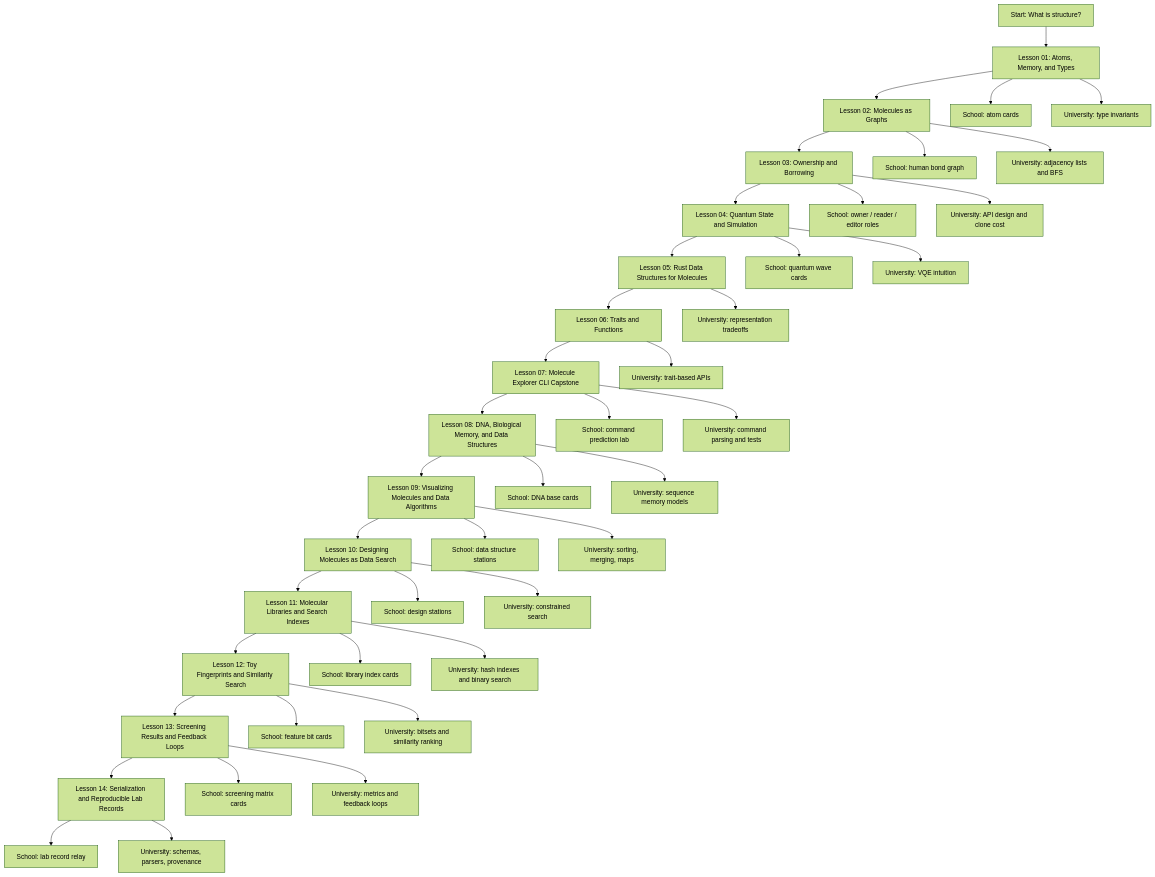
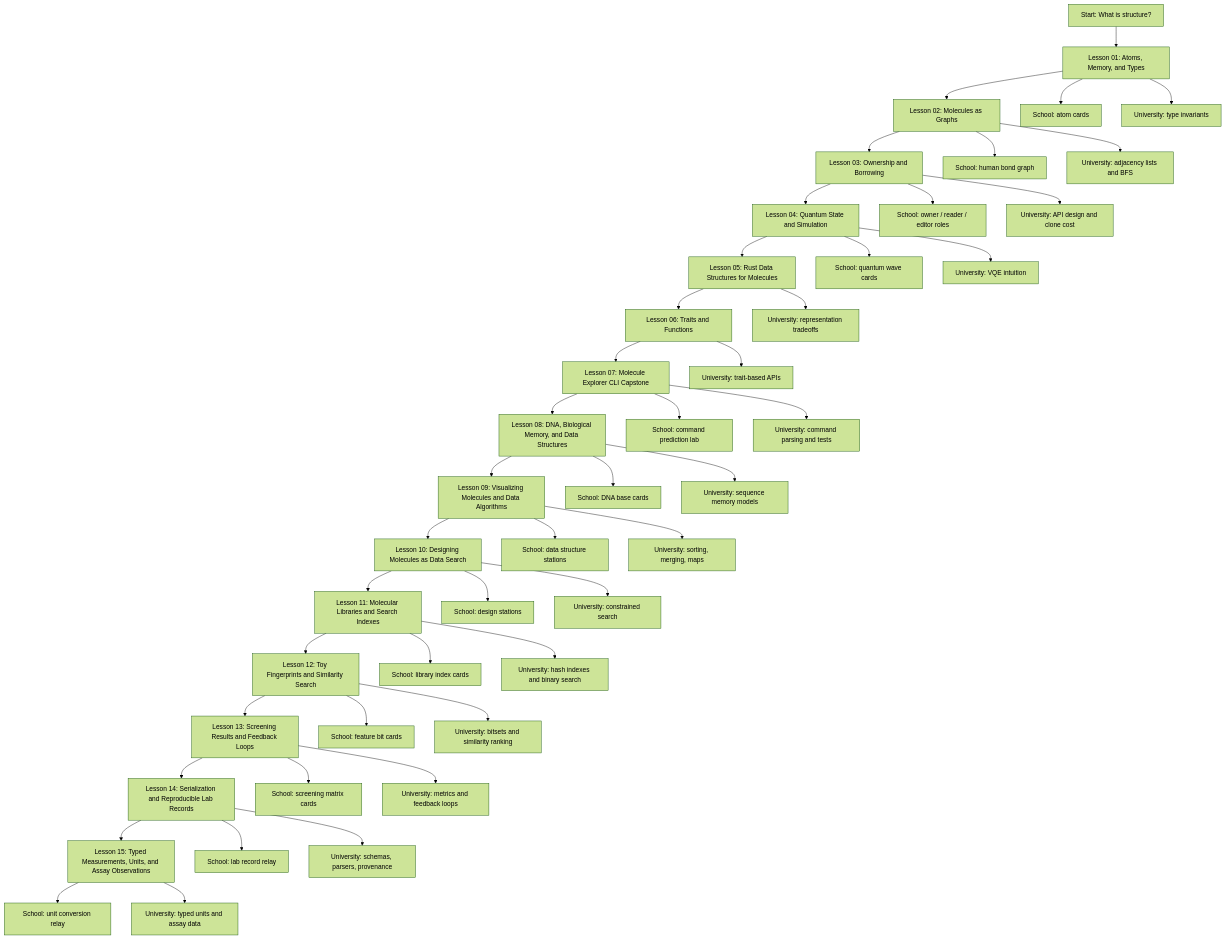
Before and after one commit to shastaratech/bio-memory-rust-lab: the diagram in visuals/mermaid/course-map.md, drawn with Mermaid (forest theme). The commit also changed 21 other files, not shown here.

Commit message:
feat: add typed measurements lesson

````diff
--- a/visuals/mermaid/course-map.md
+++ b/visuals/mermaid/course-map.md
@@ -9,45 +9,48 @@
 ```mermaid
 flowchart TD
     A["Start: What is structure?"] --> B["Lesson 01: Atoms, Memory, and Types"]
     B --> C["Lesson 02: Molecules as Graphs"]
     C --> D["Lesson 03: Ownership and Borrowing"]
     D --> E["Lesson 04: Quantum State and Simulation"]
     E --> F["Lesson 05: Rust Data Structures for Molecules"]
     F --> G["Lesson 06: Traits and Functions"]
     G --> H["Lesson 07: Molecule Explorer CLI Capstone"]
     H --> I["Lesson 08: DNA, Biological Memory, and Data Structures"]
     I --> J["Lesson 09: Visualizing Molecules and Data Algorithms"]
     J --> K["Lesson 10: Designing Molecules as Data Search"]
     K --> L["Lesson 11: Molecular Libraries and Search Indexes"]
     L --> M["Lesson 12: Toy Fingerprints and Similarity Search"]
     M --> N["Lesson 13: Screening Results and Feedback Loops"]
     N --> O["Lesson 14: Serialization and Reproducible Lab Records"]
+    O --> P["Lesson 15: Typed Measurements, Units, and Assay Observations"]
 
     B --> S1["School: atom cards"]
     C --> S2["School: human bond graph"]
     D --> S3["School: owner / reader / editor roles"]
     E --> S4["School: quantum wave cards"]
     H --> S7["School: command prediction lab"]
     I --> S8["School: DNA base cards"]
     J --> S9["School: data structure stations"]
     K --> S10["School: design stations"]
     L --> S11["School: library index cards"]
     M --> S12["School: feature bit cards"]
     N --> S13["School: screening matrix cards"]
     O --> S14["School: lab record relay"]
+    P --> S15["School: unit conversion relay"]
 
     B --> U1["University: type invariants"]
     C --> U2["University: adjacency lists and BFS"]
     D --> U3["University: API design and clone cost"]
     E --> U4["University: VQE intuition"]
     F --> U5["University: representation tradeoffs"]
     G --> U6["University: trait-based APIs"]
     H --> U7["University: command parsing and tests"]
     I --> U8["University: sequence memory models"]
     J --> U9["University: sorting, merging, maps"]
     K --> U10["University: constrained search"]
     L --> U11["University: hash indexes and binary search"]
     M --> U12["University: bitsets and similarity ranking"]
     N --> U13["University: metrics and feedback loops"]
     O --> U14["University: schemas, parsers, provenance"]
+    P --> U15["University: typed units and assay data"]
 ```
````
